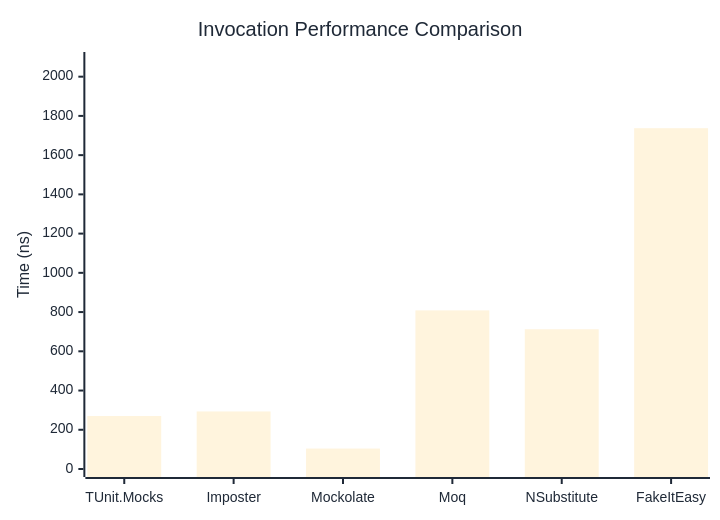
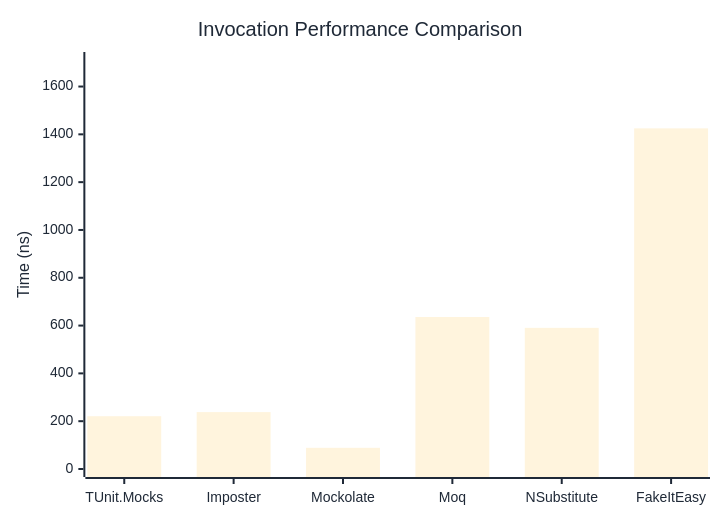
Before and after one commit to thomhurst/TUnit: the first of 3 diagrams in docs/docs/benchmarks/mocks/Invocation.md, drawn with Mermaid. The commit also changed other lines of this file and 14 other files, not shown here.

````diff
--- a/docs/docs/benchmarks/mocks/Invocation.md
+++ b/docs/docs/benchmarks/mocks/Invocation.md
@@ -30,27 +30,27 @@
 ```mermaid
 %%{init: {
   'theme':'base',
   'themeVariables': {
     'primaryColor': '#2563eb',
     'primaryTextColor': '#1f2937',
     'primaryBorderColor': '#1e40af',
     'lineColor': '#6b7280',
     'secondaryColor': '#7c3aed',
     'tertiaryColor': '#dc2626',
     'background': '#ffffff',
     'pie1': '#2563eb',
     'pie2': '#7c3aed',
     'pie3': '#dc2626',
     'pie4': '#f59e0b',
     'pie5': '#10b981',
     'pie6': '#06b6d4',
     'pie7': '#ec4899',
     'pie8': '#6366f1'
   }
 }}%%
 xychart-beta
   title "Invocation Performance Comparison"
   x-axis ["TUnit.Mocks", "Imposter", "Mockolate", "Moq", "NSubstitute", "FakeItEasy"]
-  y-axis "Time (ns)" 0 --> 2085
-  bar [270.04, 293.35, 104.17, 808.61, 712.45, 1737.35]
+  y-axis "Time (ns)" 0 --> 1711
+  bar [220.83, 237.99, 88.62, 635.91, 590.47, 1425.06]
 ```
````
